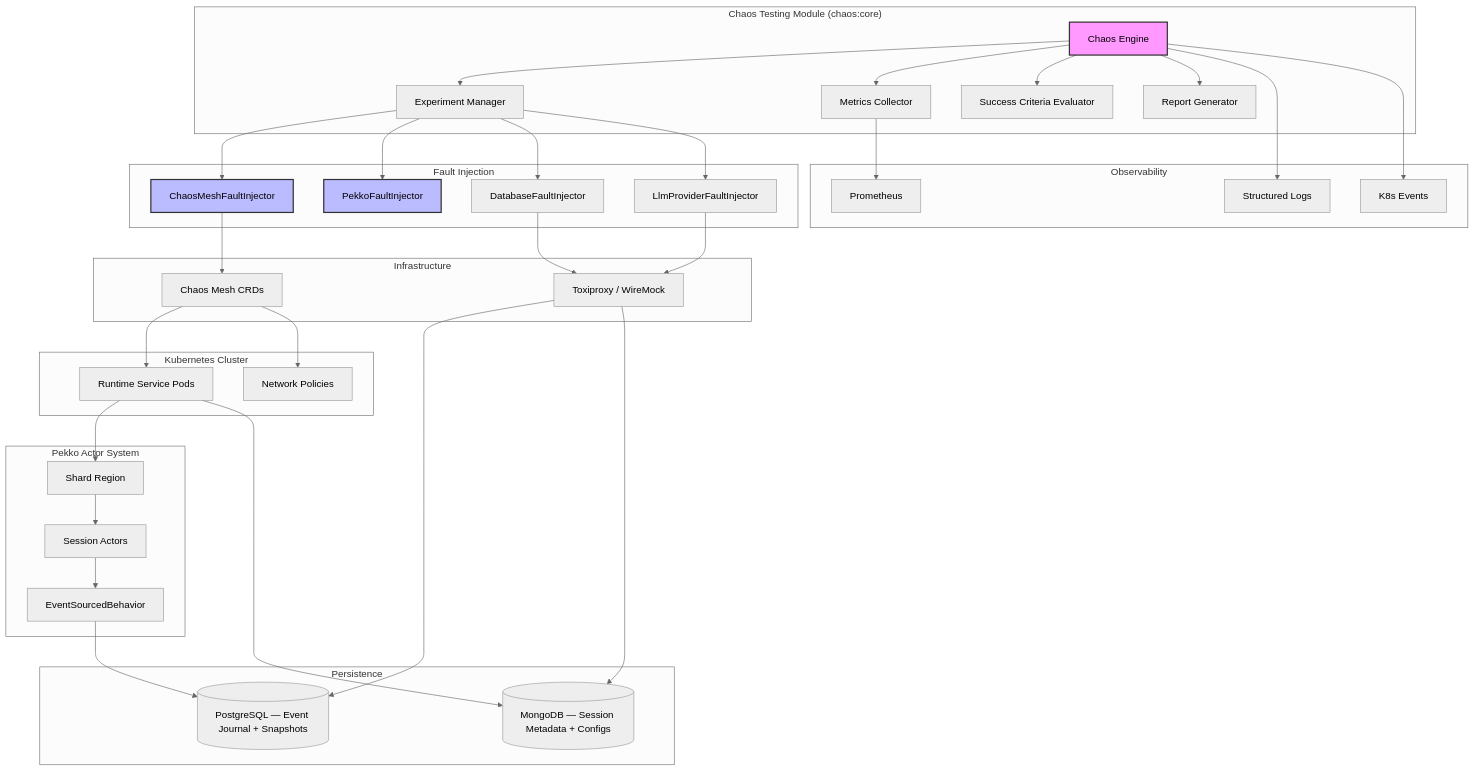
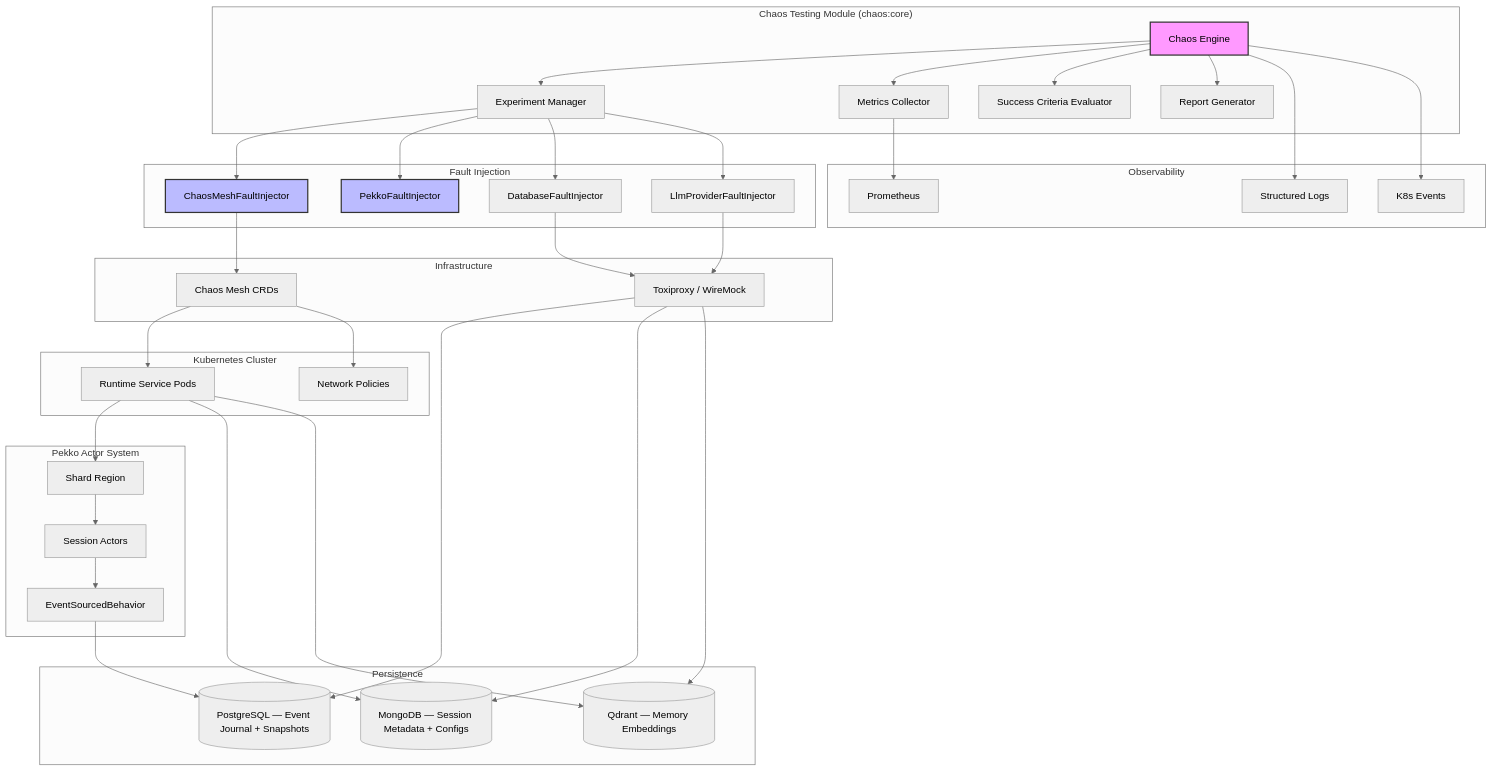
Before and after one commit to hunter1703/agent-engine: the diagram in .kiro/specs/chaos-testing/design.md, drawn with Mermaid (neutral theme). The commit also changed other lines of this file and 119 other files, not shown here.

````diff
--- a/.kiro/specs/chaos-testing/design.md
+++ b/.kiro/specs/chaos-testing/design.md
@@ -41,75 +41,78 @@
 ```mermaid
 graph TB
     subgraph "Chaos Testing Module (chaos:core)"
         CE[Chaos Engine]
         EM[Experiment Manager]
         MC[Metrics Collector]
         SC[Success Criteria Evaluator]
         RG[Report Generator]
     end
 
     subgraph "Fault Injection"
         CMF[ChaosMeshFaultInjector]
         PFI[PekkoFaultInjector]
         DBF[DatabaseFaultInjector]
         LLM[LlmProviderFaultInjector]
     end
 
     subgraph "Infrastructure"
         CM[Chaos Mesh CRDs]
         TP[Toxiproxy / WireMock]
     end
 
     subgraph "Kubernetes Cluster"
         RT[Runtime Service Pods]
         NP[Network Policies]
     end
 
     subgraph "Pekko Actor System"
         SR[Shard Region]
         SA[Session Actors]
         ES[EventSourcedBehavior]
     end
 
     subgraph "Persistence"
         PG[(PostgreSQL — Event Journal + Snapshots)]
         MONGO[(MongoDB — Session Metadata + Configs)]
+        QDRANT[(Qdrant — Memory Embeddings)]
     end
 
     subgraph "Observability"
         PROM[Prometheus]
         LOGS[Structured Logs]
         KEVENTS[K8s Events]
     end
 
     CE --> EM
     CE --> MC
     CE --> SC
     CE --> RG
     EM --> CMF
     EM --> PFI
     EM --> DBF
     EM --> LLM
 
     CMF --> CM
     CM --> RT
     CM --> NP
     DBF --> TP
     TP --> PG
     TP --> MONGO
+    TP --> QDRANT
     LLM --> TP
 
     RT --> SR
     SR --> SA
     SA --> ES
     ES --> PG
     RT --> MONGO
+    RT --> QDRANT
 
     MC --> PROM
     CE --> LOGS
     CE --> KEVENTS
 
     style CE fill:#f9f,stroke:#333,stroke-width:2px
     style CMF fill:#bbf,stroke:#333,stroke-width:2px
     style PFI fill:#bbf,stroke:#333,stroke-width:2px
 ```
````
